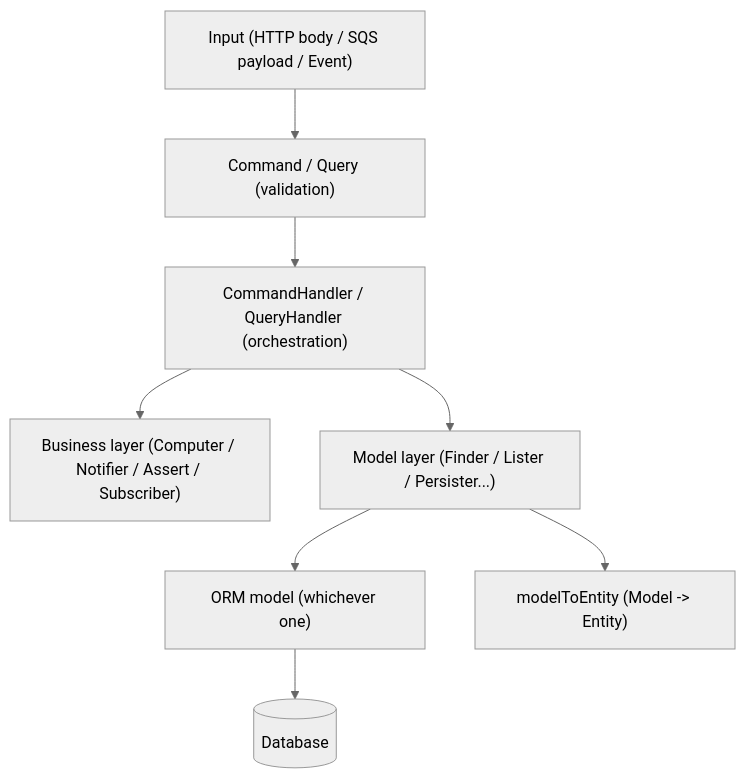
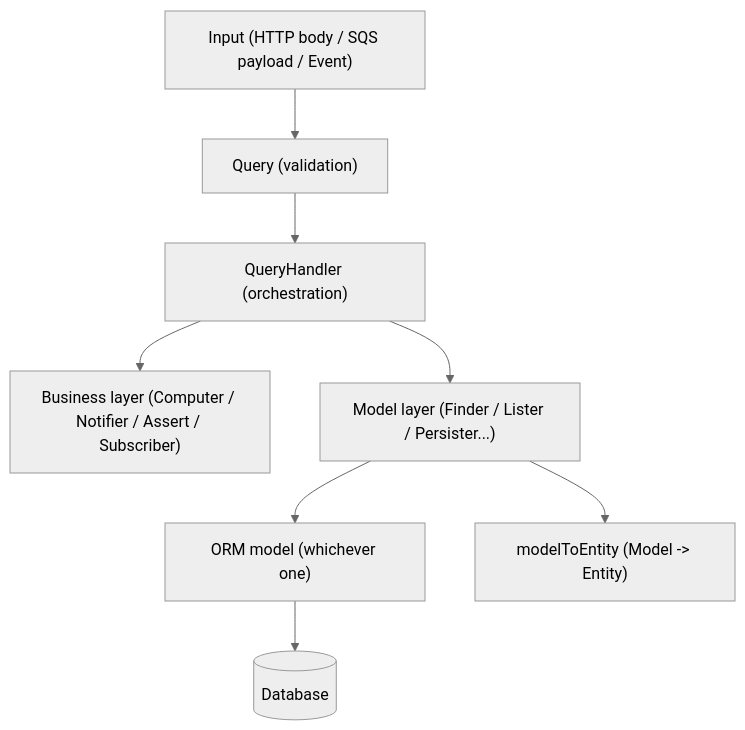
Before and after one commit to GTSpray/P-titPote: the diagram in Archi.md, drawn with Mermaid (neutral theme). The commit also changed other lines of this file and 7 other files, not shown here.

````diff
--- a/Archi.md
+++ b/Archi.md
@@ -20,10 +17,10 @@
 ```mermaid
 flowchart TD
-    A["Input (HTTP body / SQS payload / Event)"] --> B["Command / Query (validation)"]
-    B --> C["CommandHandler / QueryHandler (orchestration)"]
+    A["Input (HTTP body / SQS payload / Event)"] --> B["Query (validation)"]
+    B --> C["QueryHandler (orchestration)"]
     C --> D["Business layer (Computer / Notifier / Assert / Subscriber)"]
     C --> E["Model layer (Finder / Lister / Persister...)"]
     E --> F["ORM model (whichever one)"]
     F --> G[(Database)]
     E --> H["modelToEntity (Model -> Entity)"]
 ```
````
